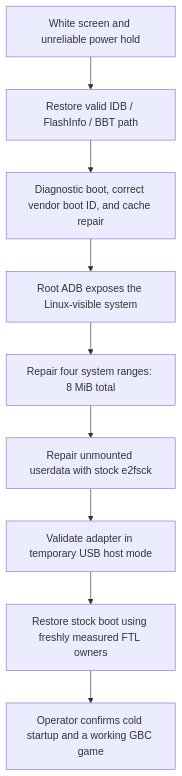
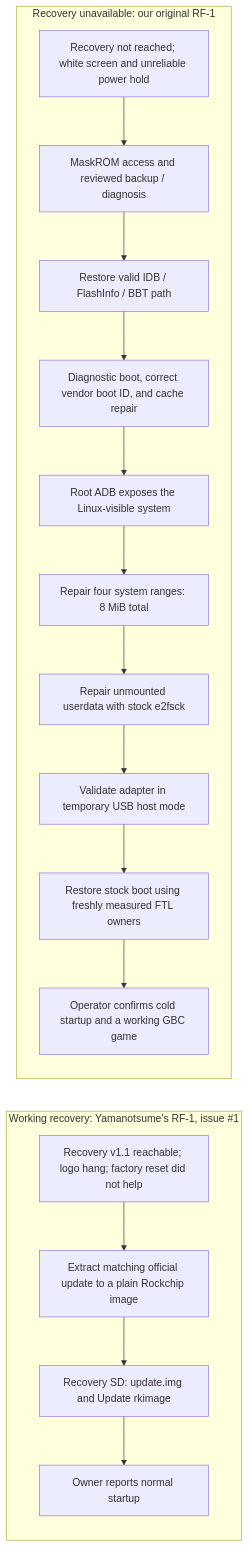
One commit to LordVitaly/retrofreak-rf1-repair-research changed the diagram in README.md. Above: the diagram before and after it, drawn with Mermaid. The commit also changed other lines of this file and 12 other files, not shown here.

Commit message:
Document Yamanotsume's RF-1 recovery success and parallel repair paths

````diff
--- a/README.md
+++ b/README.md
@@ -49,11 +81,24 @@
 ```mermaid
-flowchart TD
-    A[White screen and unreliable power hold] --> B[Restore valid IDB / FlashInfo / BBT path]
-    B --> C[Diagnostic boot, correct vendor boot ID, and cache repair]
-    C --> D[Root ADB exposes the Linux-visible system]
-    D --> E[Repair four system ranges: 8 MiB total]
-    E --> F[Repair unmounted userdata with stock e2fsck]
-    F --> G[Validate adapter in temporary USB host mode]
-    G --> H[Restore stock boot using freshly measured FTL owners]
-    H --> I[Operator confirms cold startup and a working GBC game]
+flowchart LR
+    subgraph RECOVERY["Working recovery: Yamanotsume's RF-1, issue #1"]
+        direction TB
+        R1["Recovery v1.1 reachable; logo hang; factory reset did not help"]
+        R1 --> R2["Extract matching official update to a plain Rockchip image"]
+        R2 --> R3["Recovery SD: update.img and Update rkimage"]
+        R3 --> R4["Owner reports normal startup"]
+    end
+
+    subgraph ORIGINAL["Recovery unavailable: our original RF-1"]
+        direction TB
+        A["Recovery not reached; white screen and unreliable power hold"]
+        A --> M["MaskROM access and reviewed backup / diagnosis"]
+        M --> B["Restore valid IDB / FlashInfo / BBT path"]
+        B --> C["Diagnostic boot, correct vendor boot ID, and cache repair"]
+        C --> D["Root ADB exposes the Linux-visible system"]
+        D --> E["Repair four system ranges: 8 MiB total"]
+        E --> F["Repair unmounted userdata with stock e2fsck"]
+        F --> G["Validate adapter in temporary USB host mode"]
+        G --> H["Restore stock boot using freshly measured FTL owners"]
+        H --> I["Operator confirms cold startup and a working GBC game"]
+    end
 ```
````
